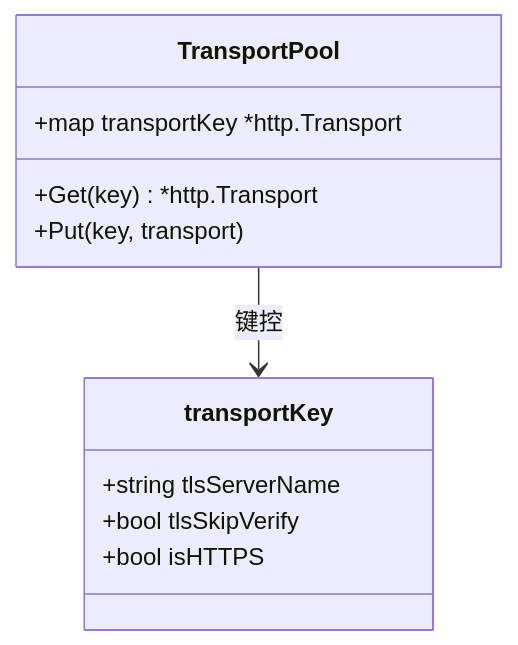
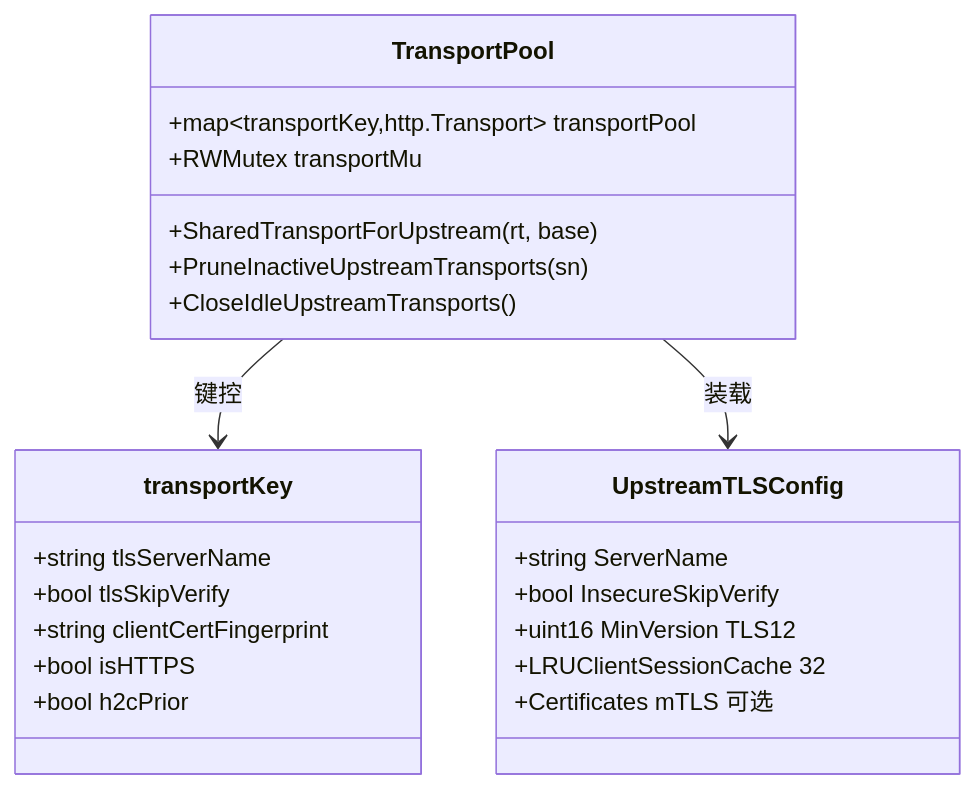
Before and after one commit to x01n/My-OpenWaf: the ninth of 9 diagrams in docs/数据平面处理/TLS 终止与证书管理.md, drawn with Mermaid. The commit also changed other lines of this file and 622 other files, not shown here.

````diff
--- a/docs/数据平面处理/TLS 终止与证书管理.md
+++ b/docs/数据平面处理/TLS 终止与证书管理.md
@@ -275,14 +534,26 @@
 ```mermaid
 classDiagram
-class TransportPool {
-+map transportKey *http.Transport
-+Get(key) *http.Transport
-+Put(key, transport)
-}
 class transportKey {
 +string tlsServerName
 +bool tlsSkipVerify
++string clientCertFingerprint
 +bool isHTTPS
++bool h2cPrior
+}
+class TransportPool {
++map~transportKey,http.Transport~ transportPool
++RWMutex transportMu
++SharedTransportForUpstream(rt, base)
++PruneInactiveUpstreamTransports(sn)
++CloseIdleUpstreamTransports()
+}
+class UpstreamTLSConfig {
++string ServerName
++bool InsecureSkipVerify
++uint16 MinVersion TLS12
++LRUClientSessionCache 32
++Certificates mTLS 可选
 }
 TransportPool --> transportKey : 键控
+TransportPool --> UpstreamTLSConfig : 装载
 ```
````
